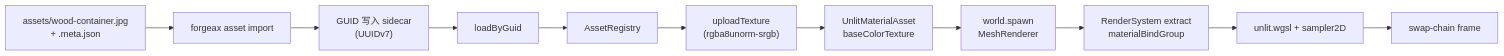
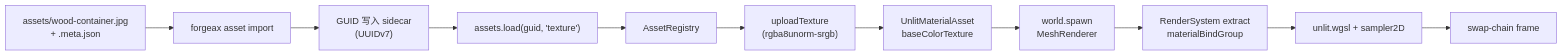
Before and after one commit to ForgeAX/forgeax-engine: the diagram in apps/learn-render/1.getting-started/4.textures/README.md, drawn with Mermaid. The commit also changed other lines of this file and 4113 other files, not shown here.

````diff
--- a/apps/learn-render/1.getting-started/4.textures/README.md
+++ b/apps/learn-render/1.getting-started/4.textures/README.md
@@ -22,13 +19,13 @@
 ```mermaid
 flowchart LR
   Disk["assets/wood-container.jpg<br/>+ .meta.json"] --> Imp["forgeax asset import"]
   Imp --> Sidecar["GUID 写入 sidecar<br/>(UUIDv7)"]
-  Sidecar --> RT["loadByGuid<TextureAsset>"]
+  Sidecar --> RT["assets.load(guid, 'texture')"]
   RT --> Reg["AssetRegistry"]
   Reg --> Up["uploadTexture<br/>(rgba8unorm-srgb)"]
   Up --> Mat["UnlitMaterialAsset<br/>baseColorTexture"]
   Mat --> Spawn["world.spawn<br/>MeshRenderer"]
   Spawn --> RS["RenderSystem extract<br/>materialBindGroup"]
   RS --> Pipe["unlit.wgsl + sampler2D"]
   Pipe --> Frame["swap-chain frame"]
 ```
````
